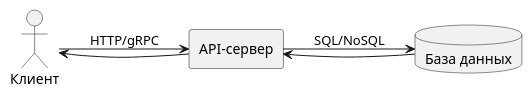
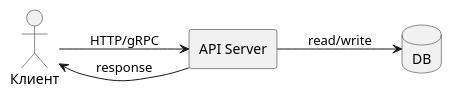
Before and after one commit to iwizy/analyst_kb: the diagram in docs/architecture/systems-architecture/architecture-types/client-server.md, drawn with PlantUML. The commit also changed other lines of this file and 189 other files, not shown here.

````diff
--- a/docs/architecture/systems-architecture/architecture-types/client-server.md
+++ b/docs/architecture/systems-architecture/architecture-types/client-server.md
@@ -14,12 +25,11 @@
 ```kroki-plantuml
 @startuml
 left to right direction
 actor "Клиент" as C
-rectangle "API-сервер" as S
-database "База данных" as D
+rectangle "API Server" as S
+database "DB" as D
 C --> S : HTTP/gRPC
-S --> D : SQL/NoSQL
-D --> S
-S --> C
+S --> D : read/write
+S --> C : response
 @enduml
 ```
````
